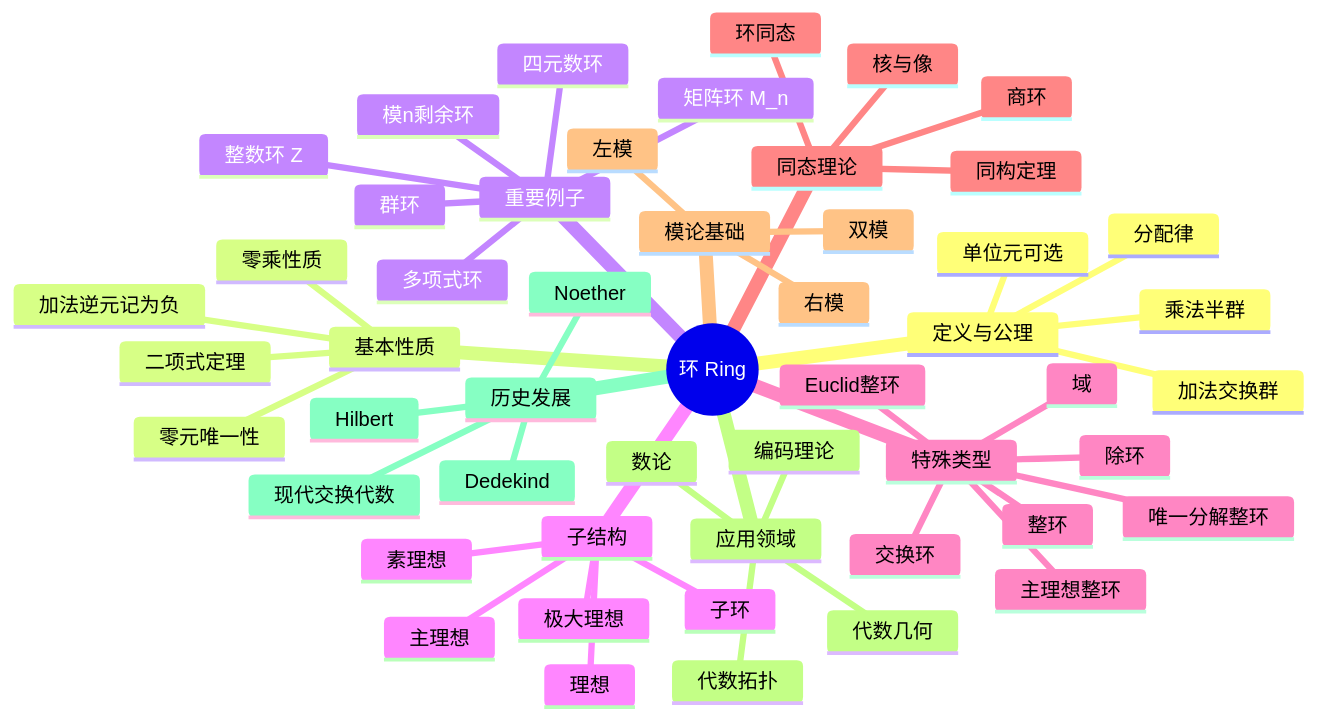
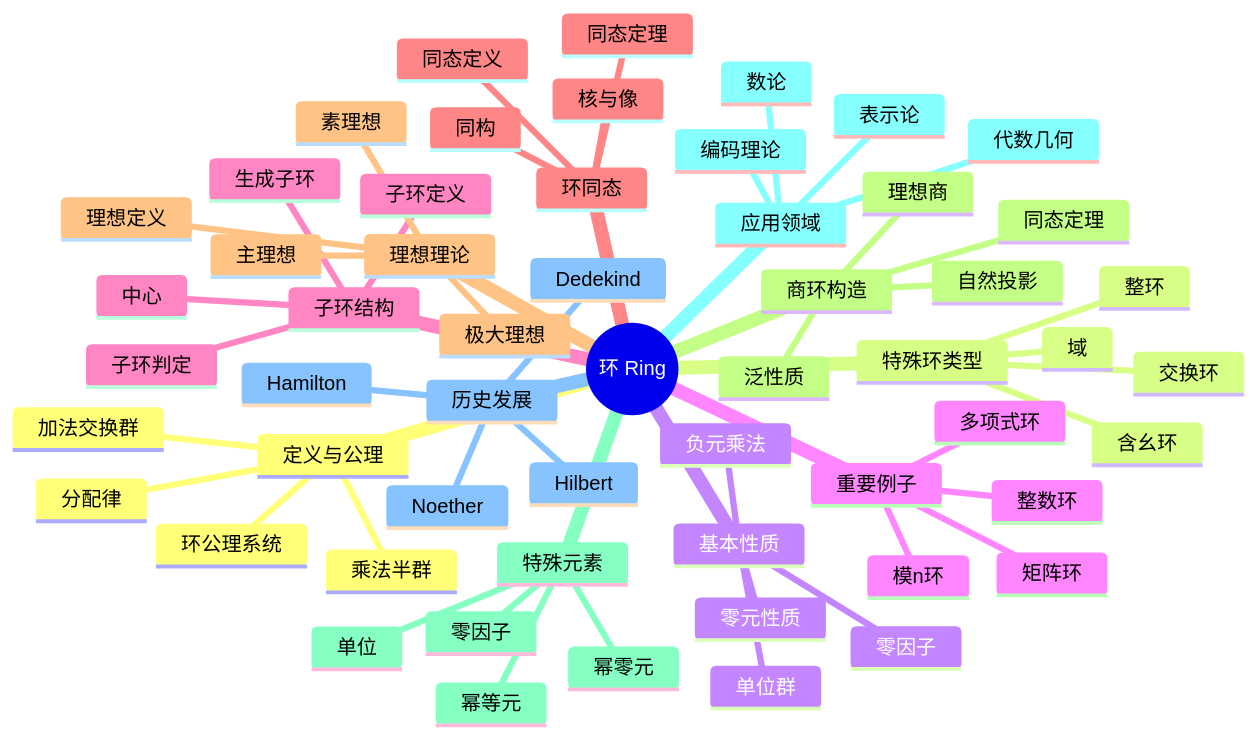
The diagram in docs/visualizations/思维导图/概念/环.md (AdaMartin18010/FormalMath), drawn with Mermaid before and after one commit. The commit also changed other lines of this file and 214 other files, not shown here.

````diff
--- a/docs/visualizations/思维导图/概念/环.md
+++ b/docs/visualizations/思维导图/概念/环.md
@@ -8,54 +9,59 @@
 ```mermaid
 mindmap
   root((环 Ring))
     定义与公理
       加法交换群
       乘法半群
       分配律
-      单位元可选
+      环公理系统
+    特殊环类型
+      交换环
+      含幺环
+      整环
+      域
     基本性质
-      零元唯一性
-      加法逆元记为负
-      零乘性质
-      二项式定理
+      零元性质
+      负元乘法
+      零因子
+      单位群
     重要例子
-      整数环 Z
+      整数环
       多项式环
-      矩阵环 M_n
-      模n剩余环
-      四元数环
-      群环
-    子结构
-      子环
-      理想
+      矩阵环
+      模n环
+    子环结构
+      子环定义
+      子环判定
+      生成子环
+      中心
+    环同态
+      同态定义
+      核与像
+      同态定理
+      同构
+    理想理论
+      理想定义
       主理想
+      素理想
       极大理想
-      素理想
-    特殊类型
-      交换环
-      整环
-      主理想整环
-      唯一分解整环
-      Euclid整环
-      域
-      除环
-    同态理论
-      环同态
-      核与像
-      商环
-      同构定理
-    模论基础
-      左模
-      右模
-      双模
+    商环构造
+      理想商
+      自然投影
+      泛性质
+      同态定理
+    特殊元素
+      零因子
+      单位
+      幂零元
+      幂等元
     应用领域
       代数几何
       数论
       编码理论
-      代数拓扑
+      表示论
     历史发展
+      Hamilton
       Dedekind
       Hilbert
       Noether
-      现代交换代数
 ```
````
